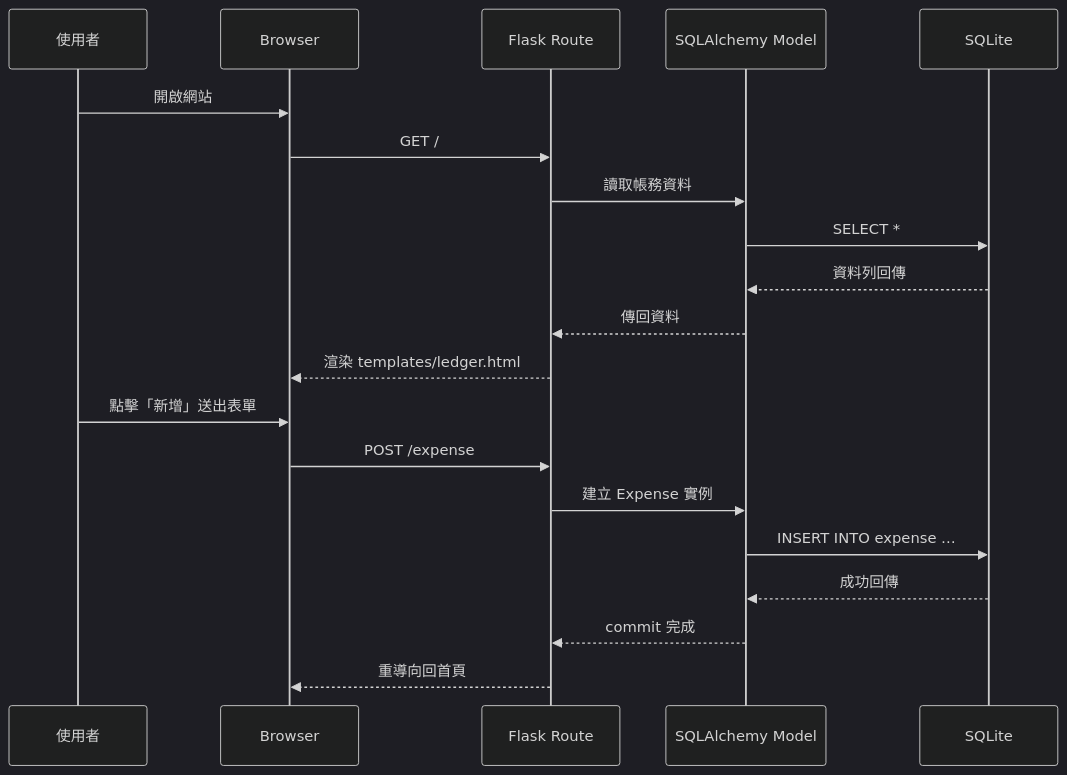
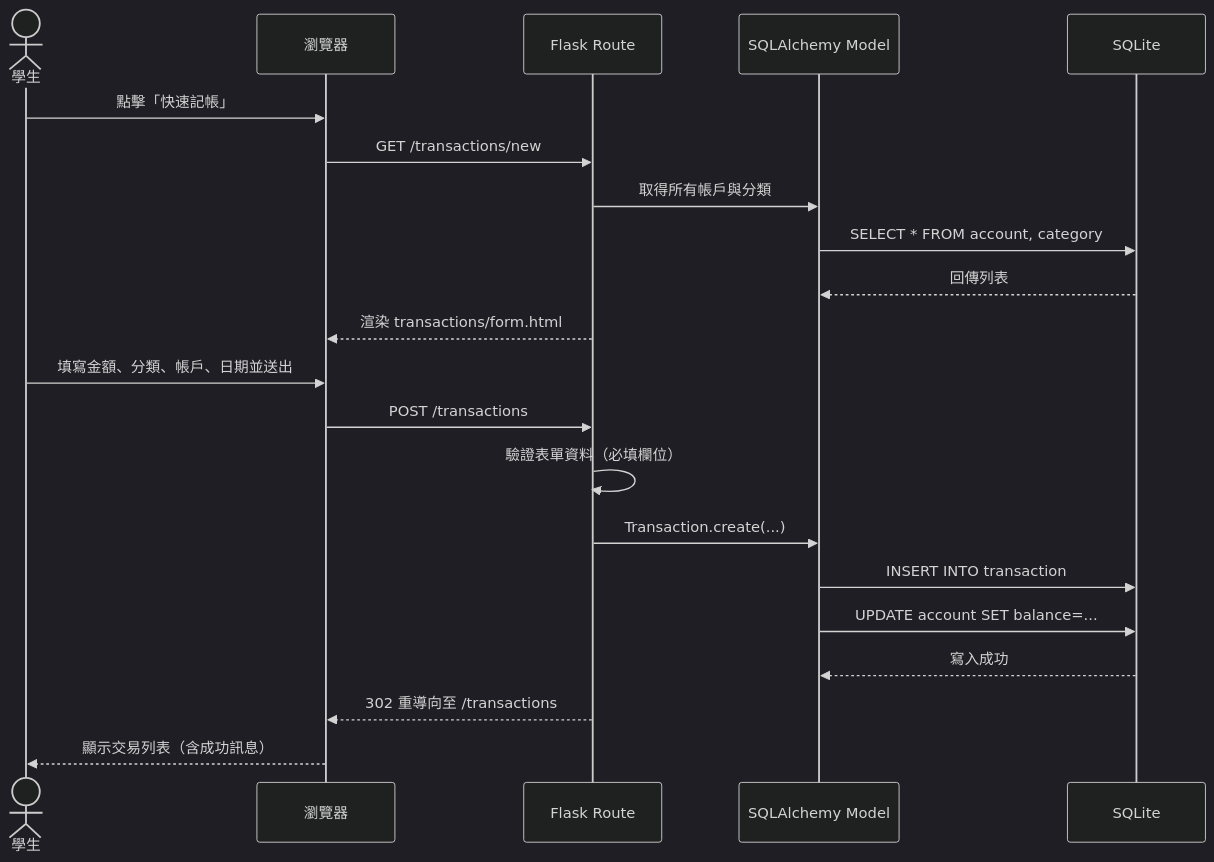
One commit to d1463704/web_app_development changed the second of 4 diagrams in docs/FLOWCHART.md. Above: the diagram before and after it, drawn with Mermaid (dark theme). The commit also changed other lines of this file, not shown here.

Commit message:
docs: add user flowchart

````diff
--- a/docs/FLOWCHART.md
+++ b/docs/FLOWCHART.md
@@ -31,24 +48,25 @@
 ```mermaid
 sequenceDiagram
-    participant User as 使用者
-    participant Browser
+    actor Student as 學生
+    participant Browser as 瀏覽器
     participant Flask as Flask Route
     participant Model as SQLAlchemy Model
     participant DB as SQLite
 
-    User->>Browser: 開啟網站
-    Browser->>Flask: GET /
-    Flask->>Model: 讀取帳務資料
-    Model->>DB: SELECT *
-    DB-->>Model: 資料列回傳
-    Model-->>Flask: 傳回資料
-    Flask-->>Browser: 渲染 templates/ledger.html
+    Student->>Browser: 點擊「快速記帳」
+    Browser->>Flask: GET /transactions/new
+    Flask->>Model: 取得所有帳戶與分類
+    Model->>DB: SELECT * FROM account, category
+    DB-->>Model: 回傳列表
+    Flask-->>Browser: 渲染 transactions/form.html
 
-    User->>Browser: 點擊「新增」送出表單
-    Browser->>Flask: POST /expense
-    Flask->>Model: 建立 Expense 實例
-    Model->>DB: INSERT INTO expense …
-    DB-->>Model: 成功回傳
-    Model-->>Flask: commit 完成
-    Flask-->>Browser: 重導向回首頁
+    Student->>Browser: 填寫金額、分類、帳戶、日期並送出
+    Browser->>Flask: POST /transactions
+    Flask->>Flask: 驗證表單資料（必填欄位）
+    Flask->>Model: Transaction.create(...)
+    Model->>DB: INSERT INTO transaction
+    Model->>DB: UPDATE account SET balance=...
+    DB-->>Model: 寫入成功
+    Flask-->>Browser: 302 重導向至 /transactions
+    Browser-->>Student: 顯示交易列表（含成功訊息）
 ```
````
